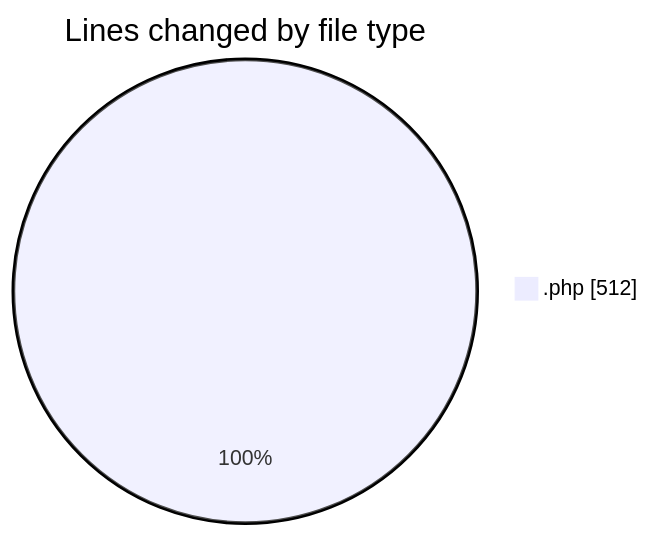
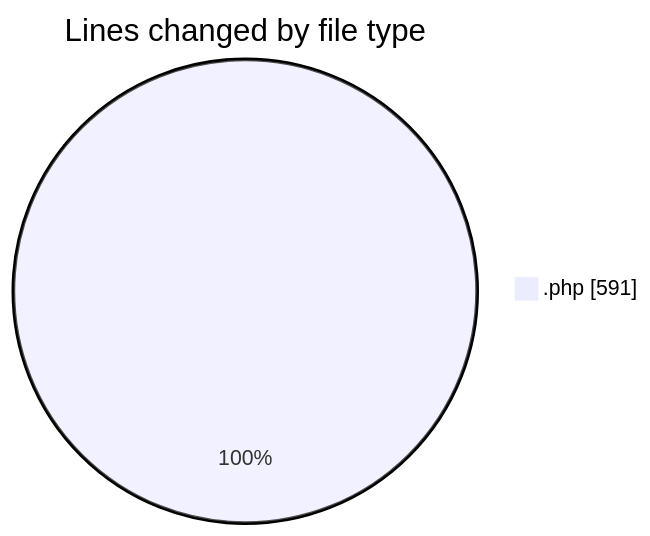
One commit to LanceThiago/code-tracking changed the first of 2 diagrams in 2025-11-04/web/README.md. Above: the diagram before and after it, drawn with Mermaid. The commit also changed other lines of this file and 1 other file, not shown here.

````diff
--- a/2025-11-04/web/README.md
+++ b/2025-11-04/web/README.md
@@ -26,5 +28,5 @@
 ```mermaid
 pie showData
 title Lines changed by file type
-".php" : 512
+".php" : 591
 ```
````
